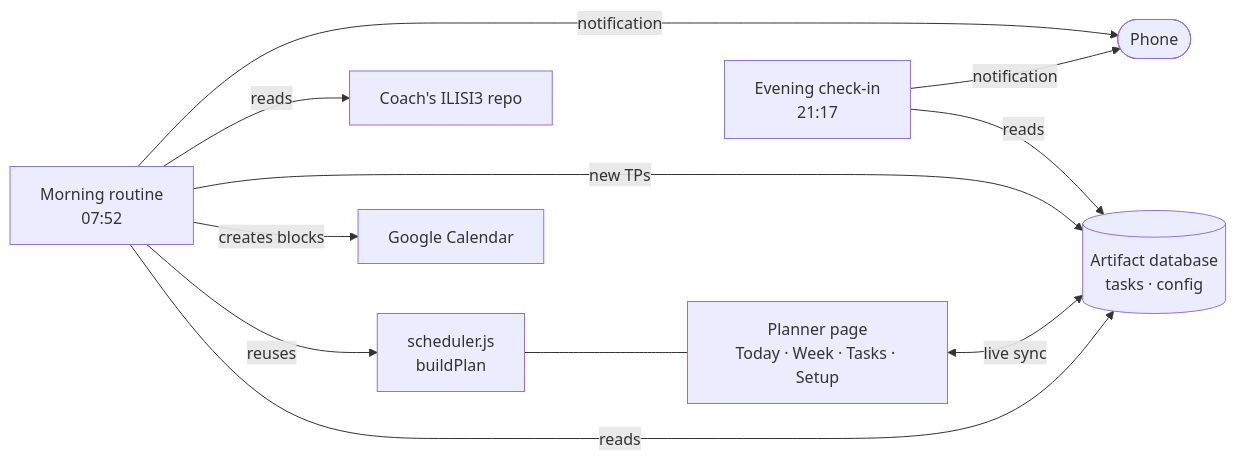
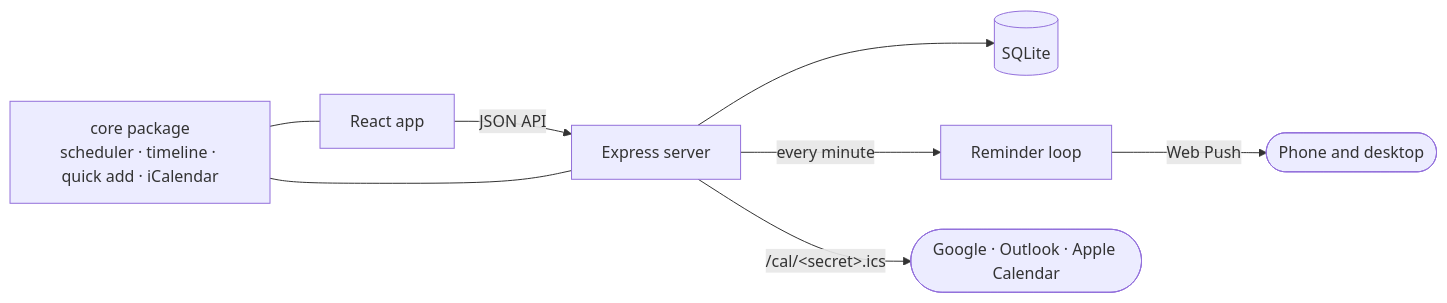
Before and after one commit to abdellahBSK/ThePlanner: the diagram in README.md, drawn with Mermaid. The commit also changed other lines of this file and 69 other files, not shown here.

First line of the commit message:
Rebuild ThePlanner as a standalone web app anyone can use

````diff
--- a/README.md
+++ b/README.md
@@ -19,12 +71,9 @@
 ```mermaid
 flowchart LR
-    P[Planner page<br/>Today · Week · Tasks · Setup] <-->|live sync| DB[(Artifact database<br/>tasks · config)]
-    S[scheduler.js<br/>buildPlan] --- P
-    M[Morning routine<br/>07:52] -->|reads| DB
-    M -->|reuses| S
-    M -->|creates blocks| GC[Google Calendar]
-    M -->|new TPs| DB
-    M -->|reads| GH[Coach's ILISI3 repo]
-    E[Evening check-in<br/>21:17] -->|reads| DB
-    M & E -->|notification| Phone([Phone])
+    W[React app] -- JSON API --> S[Express server]
+    S --> DB[(SQLite)]
+    C[core package<br/>scheduler · timeline · quick add · iCalendar] --- W
+    C --- S
+    S -- every minute --> R[Reminder loop] -- Web Push --> P([Phone and desktop])
+    S -- /cal/&lt;secret&gt;.ics --> G([Google · Outlook · Apple Calendar])
 ```
````
